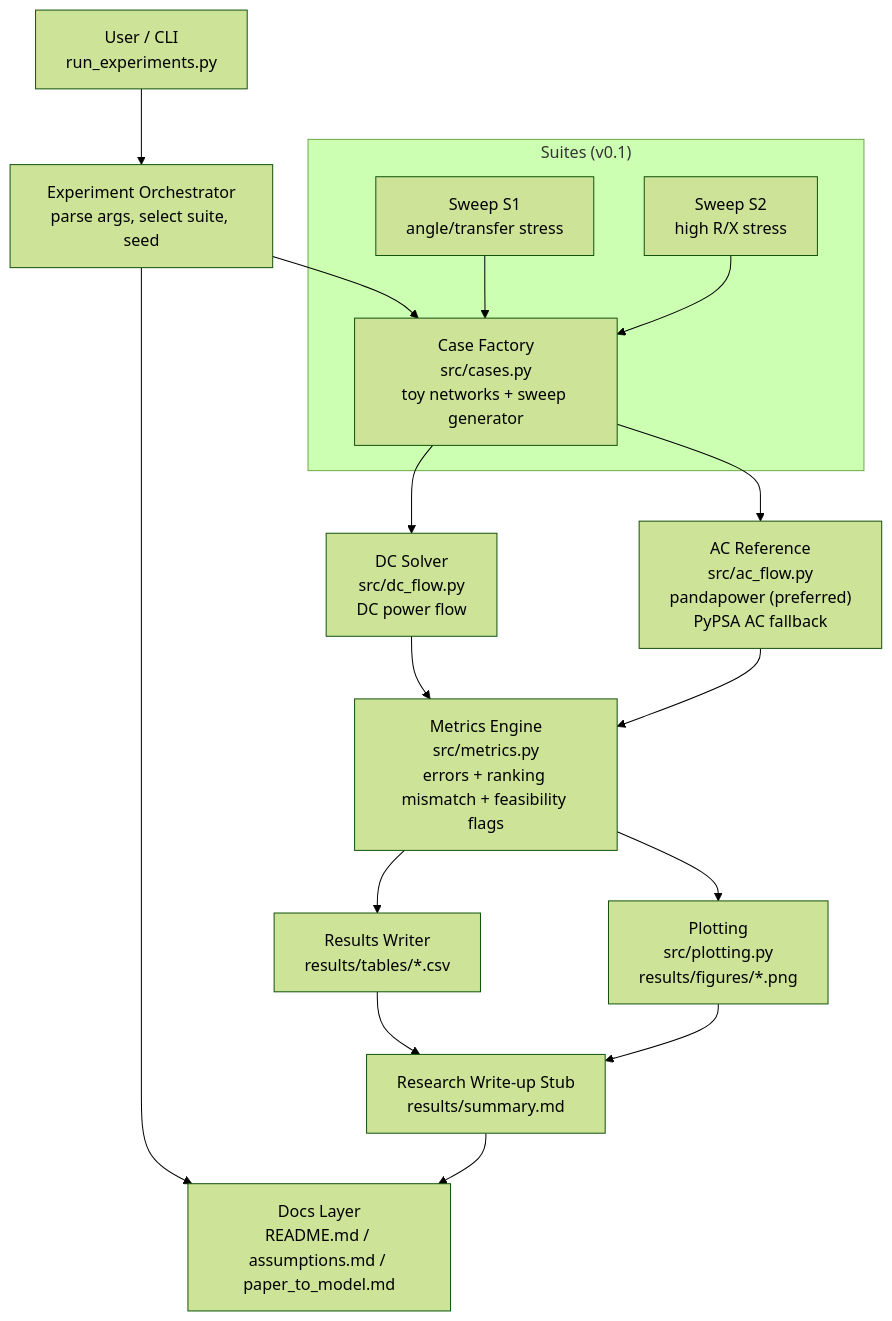
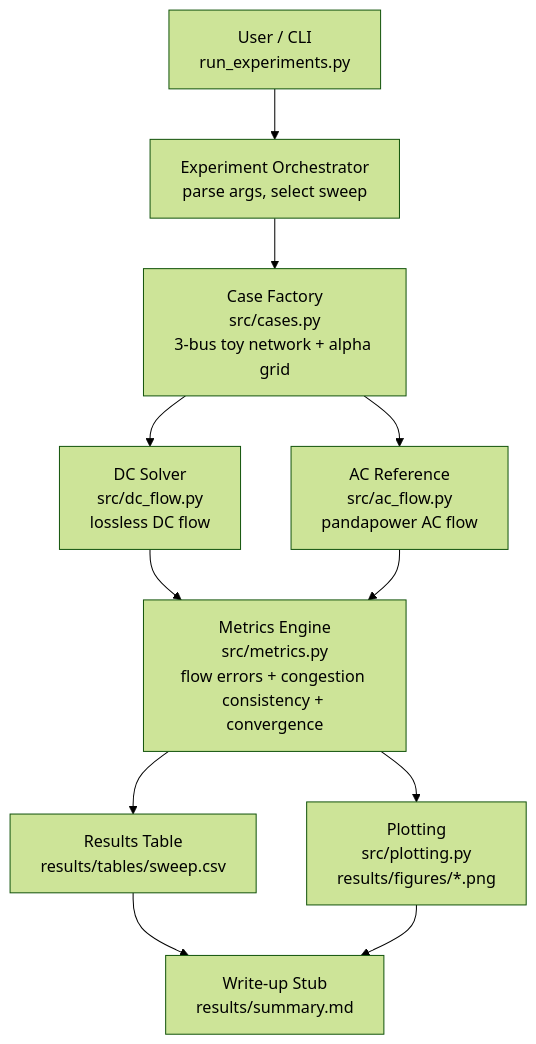
The first of 2 diagrams in notes/Architecture.md (JustinUssuri/demo3-model-reproduction), drawn with Mermaid (forest theme) before and after one commit. The commit also changed other lines of this file and 17 other files, not shown here.

````diff
--- a/notes/Architecture.md
+++ b/notes/Architecture.md
@@ -9,20 +9,13 @@
 ```mermaid
 flowchart TD
-  A[User / CLI<br/>run_experiments.py] --> B[Experiment Orchestrator<br/>parse args, select suite, seed]
-  B --> C[Case Factory<br/>src/cases.py<br/>toy networks + sweep generator]
-  C --> D1[DC Solver<br/>src/dc_flow.py<br/>DC power flow]
-  C --> D2["AC Reference\nsrc/ac_flow.py\npandapower (preferred)\nPyPSA AC fallback"]
-  D1 --> E[Metrics Engine<br/>src/metrics.py<br/>errors + ranking mismatch + feasibility flags]
+  A[User / CLI<br/>run_experiments.py] --> B[Experiment Orchestrator<br/>parse args, select sweep]
+  B --> C[Case Factory<br/>src/cases.py<br/>3-bus toy network + alpha grid]
+  C --> D1[DC Solver<br/>src/dc_flow.py<br/>lossless DC flow]
+  C --> D2["AC Reference\nsrc/ac_flow.py\npandapower AC flow"]
+  D1 --> E[Metrics Engine<br/>src/metrics.py<br/>flow errors + congestion consistency + convergence]
   D2 --> E
-  E --> F1[Results Writer<br/>results/tables/*.csv]
+  E --> F1[Results Table<br/>results/tables/sweep.csv]
   E --> F2[Plotting<br/>src/plotting.py<br/>results/figures/*.png]
-  F1 --> G[Research Write-up Stub<br/>results/summary.md]
+  F1 --> G[Write-up Stub<br/>results/summary.md]
   F2 --> G
-  B --> H[Docs Layer<br/>README.md / assumptions.md / paper_to_model.md]
-  G --> H
-
-  subgraph "Suites (v0.1)"
-    S1[Sweep S1<br/>angle/transfer stress] --> C
-    S2[Sweep S2<br/>high R/X stress] --> C
-  end
 ```
````
